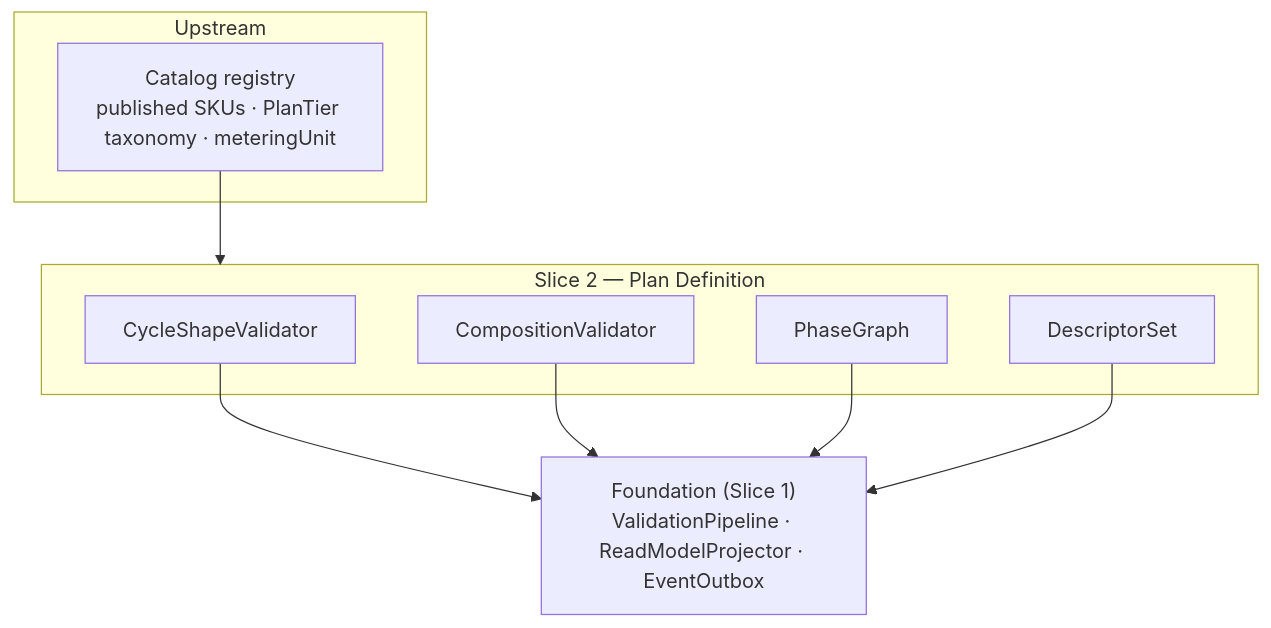
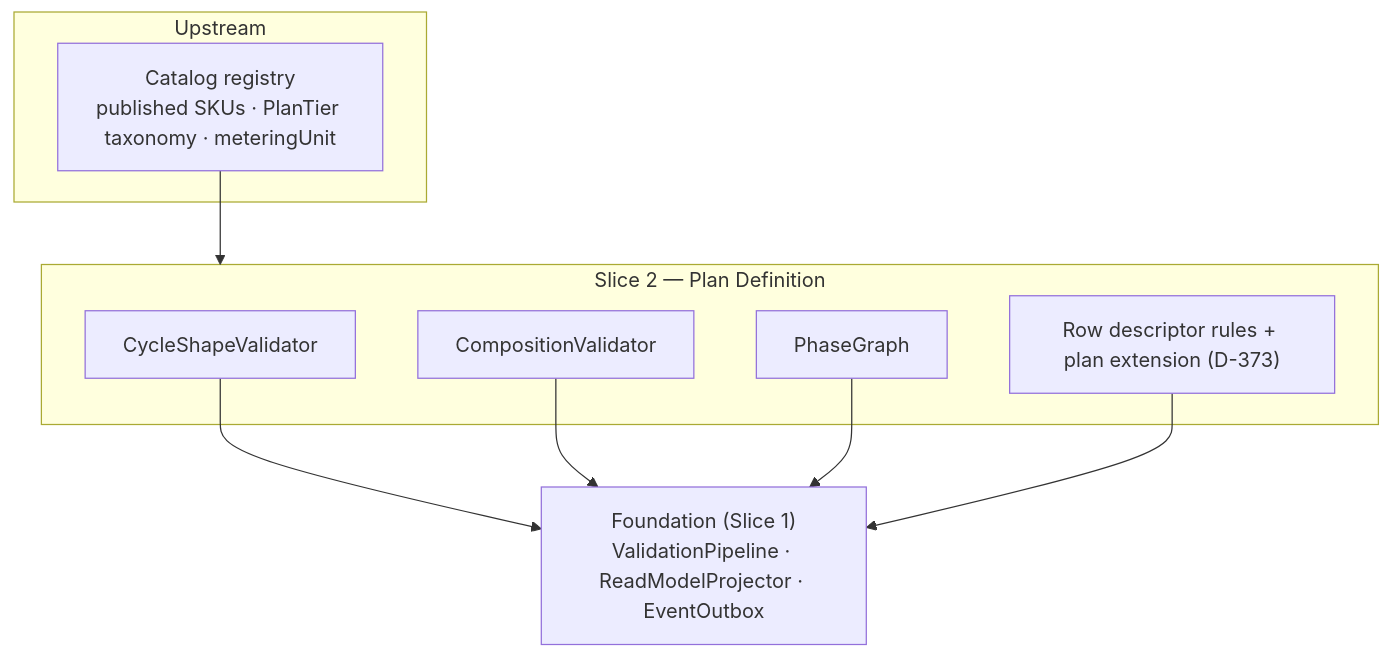
The diagram in gears/bss/pricing/docs/design/02-plan-definition.md (diffora/gears-rust), drawn with Mermaid before and after one commit. The commit also changed other lines of this file, not shown here.

Commit message:
docs(pricing): slice 02 follows D-373 — descriptor elements ride the row, the set table dissolves, template vocabulary declared

````diff
--- a/gears/bss/pricing/docs/design/02-plan-definition.md
+++ b/gears/bss/pricing/docs/design/02-plan-definition.md
@@ -137,18 +137,18 @@
 ```mermaid
 flowchart TB
     subgraph upstream["Upstream"]
         REG["Catalog registry<br/>published SKUs · PlanTier taxonomy · meteringUnit"]
     end
     subgraph s2["Slice 2 — Plan Definition"]
         CSV["CycleShapeValidator"]
         CMP["CompositionValidator"]
         PHG["PhaseGraph"]
-        DSC["DescriptorSet"]
+        DSC["Row descriptor rules + plan extension (D-373)"]
     end
     FND["Foundation (Slice 1)<br/>ValidationPipeline · ReadModelProjector · EventOutbox"]
     REG --> s2
     CSV --> FND
     CMP --> FND
     PHG --> FND
     DSC --> FND
 ```
````
